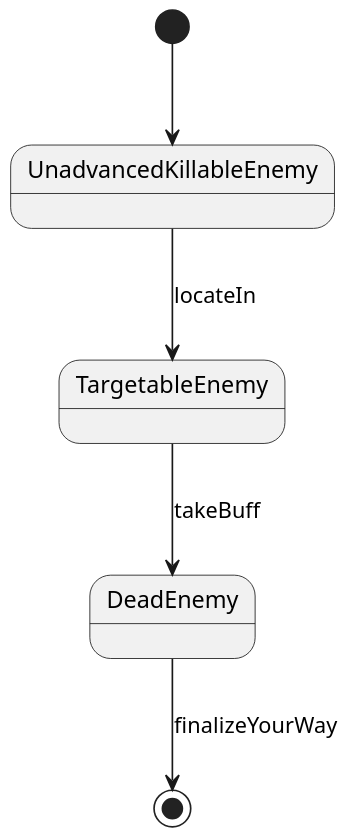
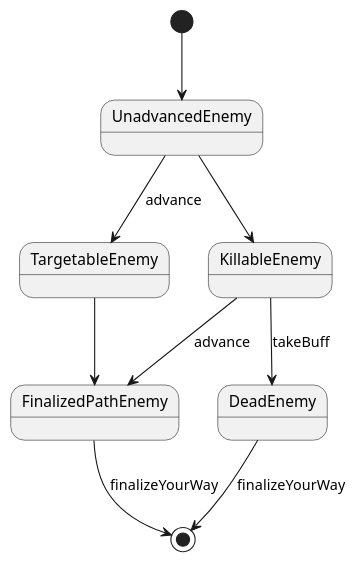
The diagram in diagrams/states/UnadvancedEnemy.puml (MiguelMetz1/algo3_tp2), drawn with PlantUML before and after one commit.

Commit message:
#1: Adding states UML.

```diff
--- a/diagrams/states/UnadvancedEnemy.puml
+++ b/diagrams/states/UnadvancedEnemy.puml
@@ -1,22 +1,21 @@
 @startuml
 'https://plantuml.com/state-diagram
 
 scale 350 width
-[*] --> UnadvancedKillableEnemy
+[*] --> UnadvancedEnemy
 
-state UnadvancedKillableEnemy {
+UnadvancedEnemy --> TargetableEnemy: advance
 
-}
-UnadvancedKillableEnemy --> TargetableEnemy: locateIn
-state TargetableEnemy {
-}
+UnadvancedEnemy --> KillableEnemy
 
-TargetableEnemy --> DeadEnemy : takeBuff
+TargetableEnemy --> FinalizedPathEnemy
 
-state DeadEnemy{
+KillableEnemy --> DeadEnemy : takeBuff
 
-}
- DeadEnemy--> [*] : finalizeYourWay
+KillableEnemy --> FinalizedPathEnemy: advance
 
+FinalizedPathEnemy--> [*] : finalizeYourWay
+
+DeadEnemy--> [*] : finalizeYourWay
 
 @enduml
```
